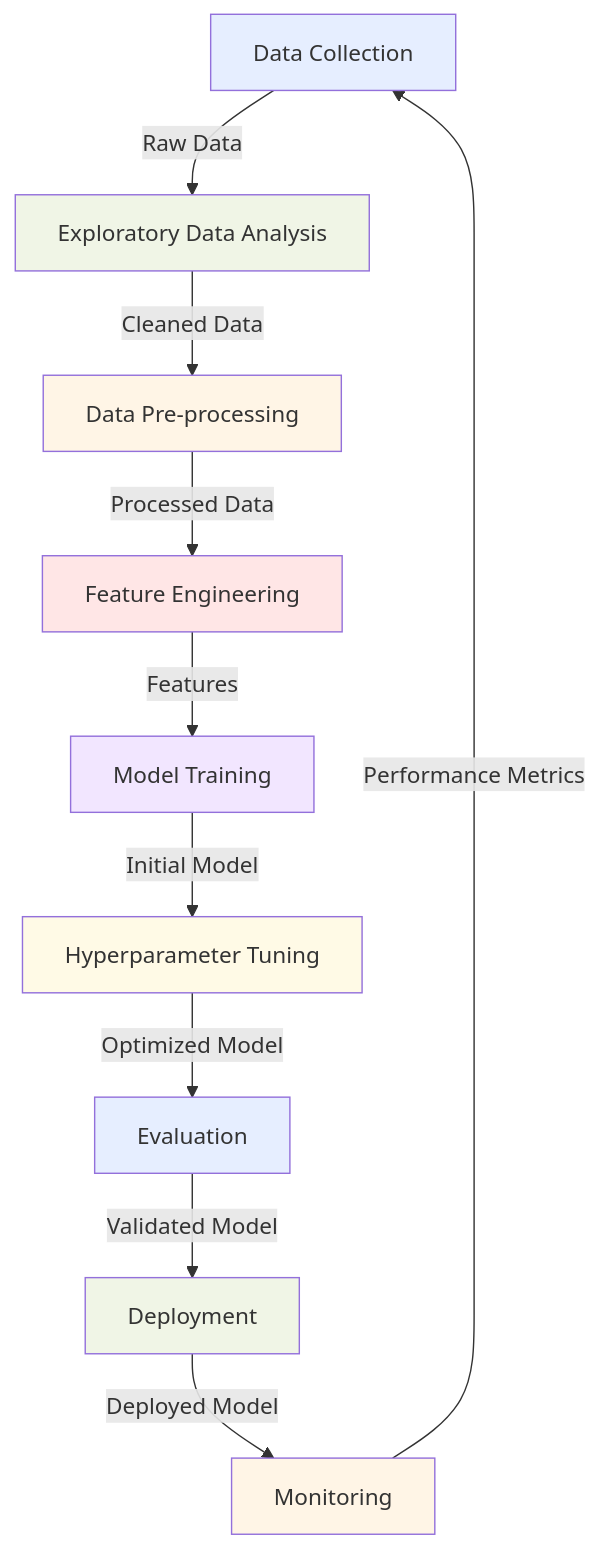
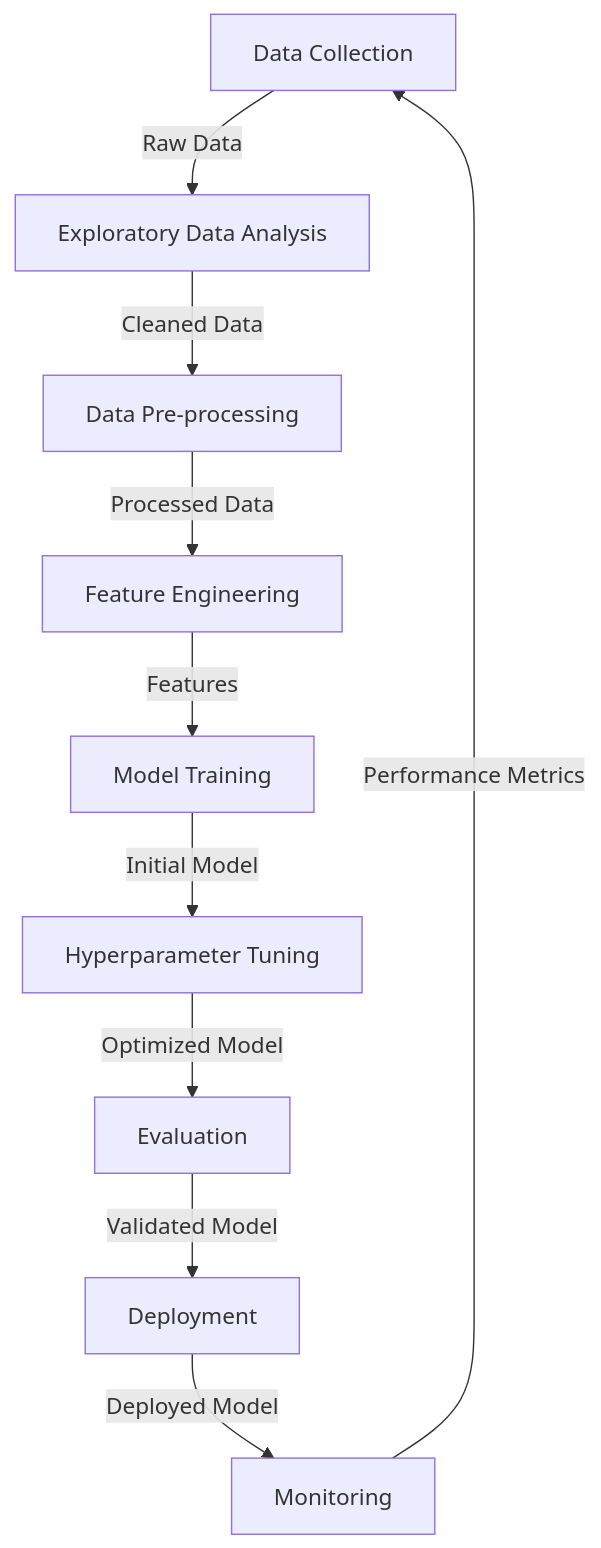
One commit to CloudCityPress/aws-aif-c01 changed the diagram in english/10_30_ML_Development_Lifecycle.md. Above: the diagram before and after it, drawn with Mermaid. The commit also changed 16 other files, not shown here.

Commit message:
updating Mermaids

````diff
--- a/english/10_30_ML_Development_Lifecycle.md
+++ b/english/10_30_ML_Development_Lifecycle.md
@@ -11,21 +11,12 @@
 ```mermaid
 flowchart TD
     A[Data Collection] -->|Raw Data| B[Exploratory Data Analysis]
     B -->|Cleaned Data| C[Data Pre-processing]
     C -->|Processed Data| D[Feature Engineering]
     D -->|Features| E[Model Training]
     E -->|Initial Model| F[Hyperparameter Tuning]
     F -->|Optimized Model| G[Evaluation]
     G -->|Validated Model| H[Deployment]
     H -->|Deployed Model| I[Monitoring]
     I -->|Performance Metrics| A
-    style A fill:#e6eeff
-    style B fill:#f0f5e6
-    style C fill:#fff5e6
-    style D fill:#ffe6e6
-    style E fill:#f2e6ff
-    style F fill:#fffae6
-    style G fill:#e6eeff
-    style H fill:#f0f5e6
-    style I fill:#fff5e6
 ```
````
